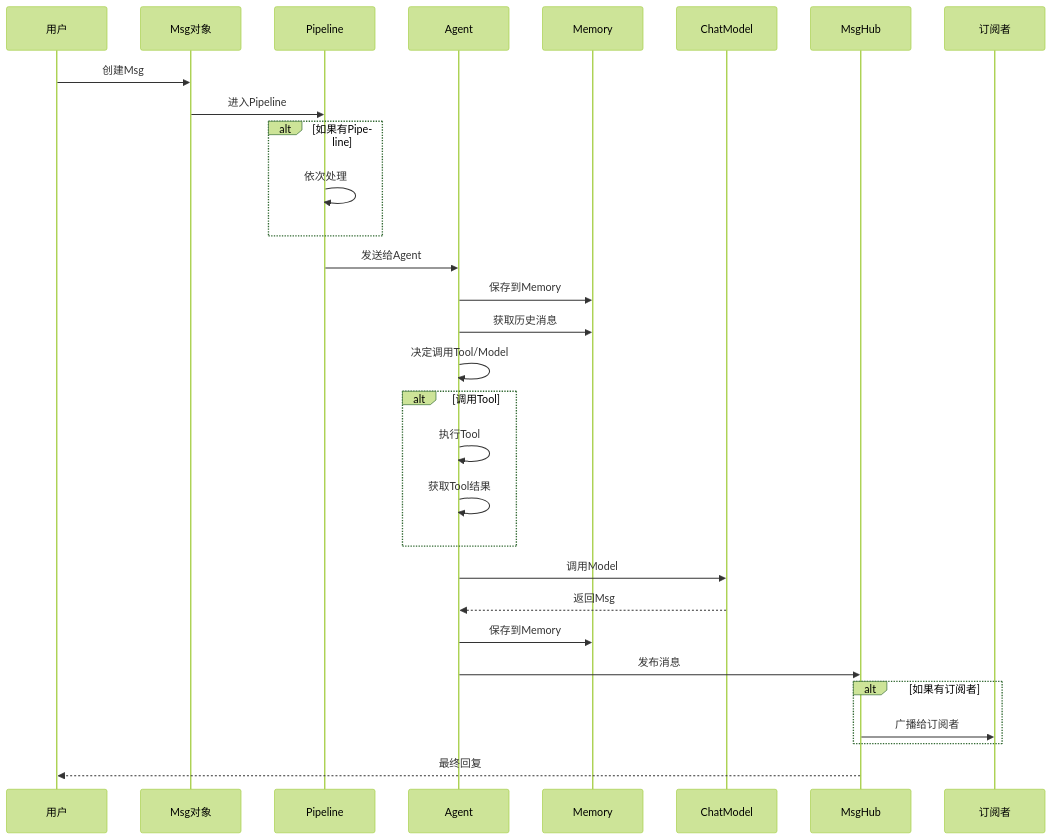
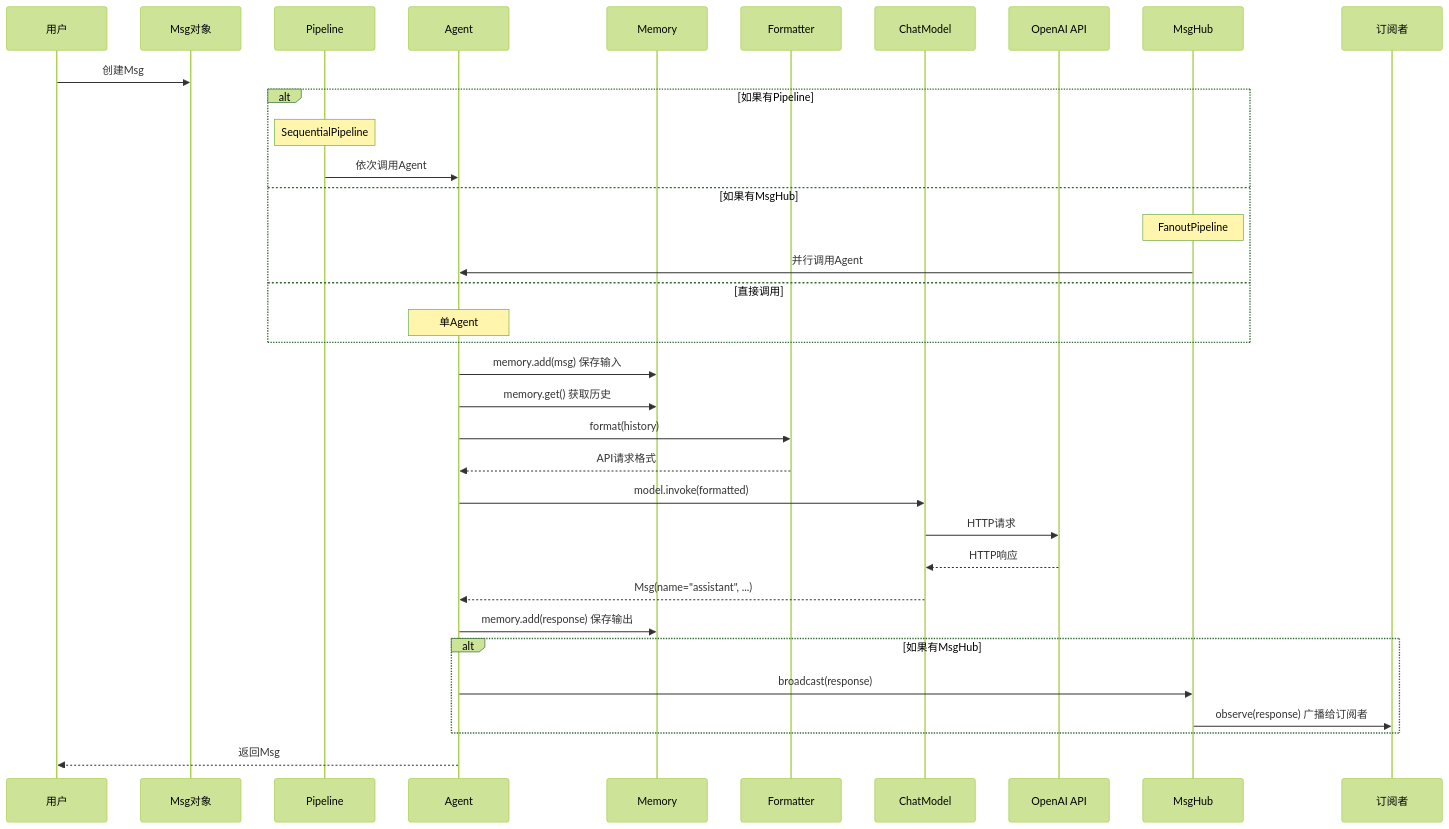
Before and after one commit to agentscope-ai/agentscope: the first of 3 diagrams in teaching/book/practice/station2_user_interface/2-4_trace_message_flow.md, drawn with Mermaid (forest theme). The commit also changed other lines of this file and 31 other files, not shown here.

````diff
--- a/teaching/book/practice/station2_user_interface/2-4_trace_message_flow.md
+++ b/teaching/book/practice/station2_user_interface/2-4_trace_message_flow.md
@@ -96,40 +237,45 @@
 ```mermaid
 sequenceDiagram
     participant User as 用户
     participant Msg as Msg对象
     participant Pipeline as Pipeline
     participant Agent as Agent
     participant Memory as Memory
+    participant Formatter as Formatter
     participant Model as ChatModel
+    participant API as OpenAI API
     participant Hub as MsgHub
     participant Subs as 订阅者
-    
+
     User->>Msg: 创建Msg
-    Msg->>Pipeline: 进入Pipeline
-    
+
     alt 如果有Pipeline
-        Pipeline->>Pipeline: 依次处理
+        Note over Pipeline: SequentialPipeline
+        Pipeline->>Agent: 依次调用Agent
+    else 如果有MsgHub
+        Note over Hub: FanoutPipeline
+        Hub->>Agent: 并行调用Agent
+    else 直接调用
+        Note over Agent: 单Agent
     end
-    
-    Pipeline->>Agent: 发送给Agent
-    Agent->>Memory: 保存到Memory
-    Agent->>Memory: 获取历史消息
-    Agent->>Agent: 决定调用Tool/Model
-    
-    alt 调用Tool
-        Agent->>Agent: 执行Tool
-        Agent->>Agent: 获取Tool结果
+
+    Agent->>Memory: memory.add(msg) 保存输入
+    Agent->>Memory: memory.get() 获取历史
+
+    Agent->>Formatter: format(history)
+    Formatter-->>Agent: API请求格式
+
+    Agent->>Model: model.invoke(formatted)
+    Model->>API: HTTP请求
+    API-->>Model: HTTP响应
+    Model-->>Agent: Msg(name="assistant", ...)
+
+    Agent->>Memory: memory.add(response) 保存输出
+
+    alt 如果有MsgHub
+        Agent->>Hub: broadcast(response)
+        Hub->>Subs: observe(response) 广播给订阅者
     end
-    
-    Agent->>Model: 调用Model
-    Model-->>Agent: 返回Msg
-    Agent->>Memory: 保存到Memory
-    
-    Agent->>Hub: 发布消息
-    
-    alt 如果有订阅者
-        Hub->>Subs: 广播给订阅者
-    end
-    
-    Hub-->>User: 最终回复
+
+    Agent-->>User: 返回Msg
 ```
````
